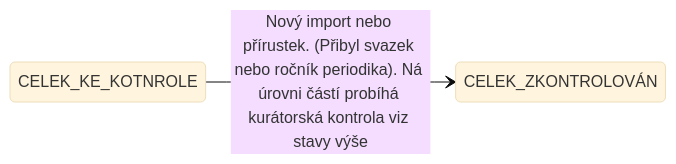
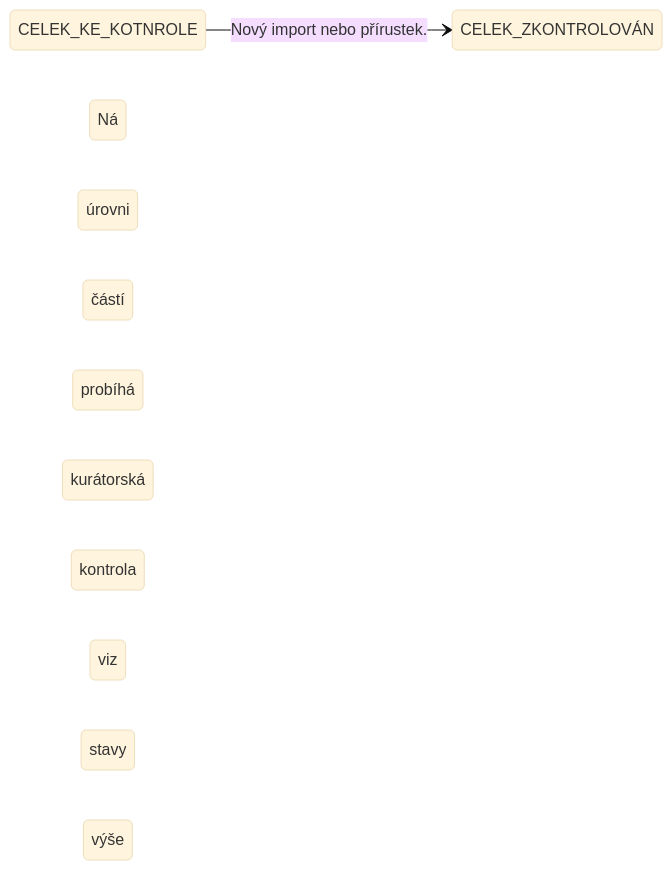
One commit to ceskaexpedice/kapp changed the fourth of 4 diagrams in kuratorska-aplikace/README.md. Above: the diagram before and after it, drawn with Mermaid (base theme).

````diff
--- a/kuratorska-aplikace/README.md
+++ b/kuratorska-aplikace/README.md
@@ -107,11 +107,12 @@
 ```mermaid
 stateDiagram-v2
     direction LR
 
     state CELEK_KE_KOTNROLE <<start>>
     state CELEK_ZKONTROLOVÁN <<start>>
 
 
     %% Přírustky případně nové importy
-    CELEK_KE_KOTNROLE --> CELEK_ZKONTROLOVÁN : Nový import nebo přírustek. (Přibyl svazek nebo ročník periodika). Ná úrovni částí probíhá kurátorská kontrola viz stavy výše
+    CELEK_KE_KOTNROLE --> CELEK_ZKONTROLOVÁN : Nový import nebo přírustek. 
+    Ná úrovni částí probíhá kurátorská kontrola viz stavy výše
 ```
````
